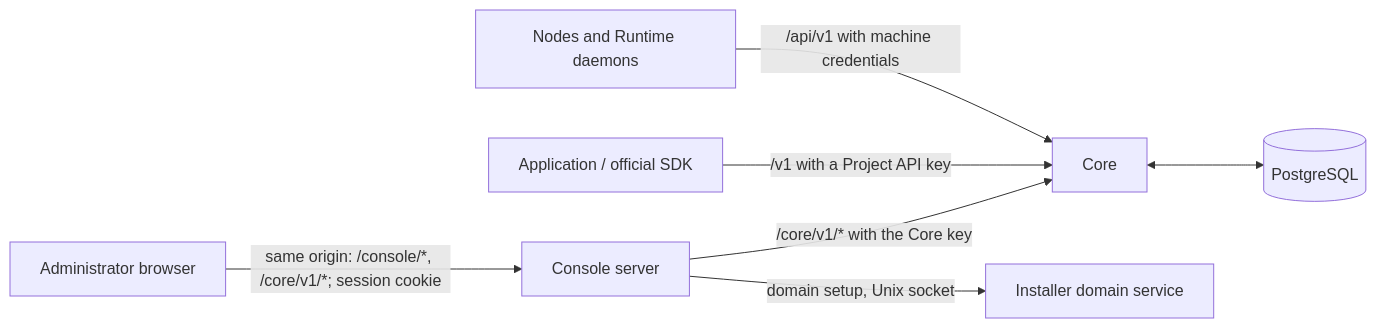
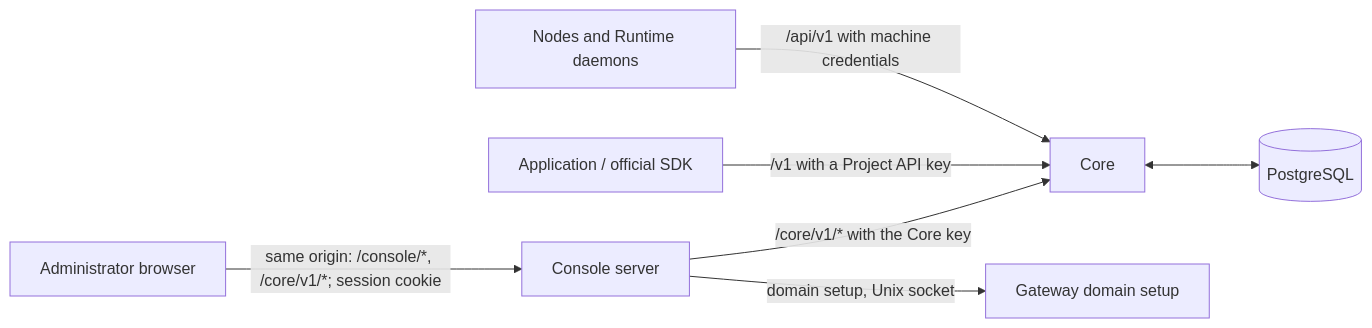
One commit to AllureCurtain/OpenAgentCore changed the diagram in docs/web/console-server.md. Above: the diagram before and after it, drawn with Mermaid. The commit also changed 17 other files, not shown here.

First line of the commit message:
Run managed domain setup inside the gateway

````diff
--- a/docs/web/console-server.md
+++ b/docs/web/console-server.md
@@ -11,17 +11,17 @@
 ```mermaid
 flowchart LR
   browser["Administrator browser"]
   console["Console server"]
   core["Core"]
   database[("PostgreSQL")]
   application["Application / official SDK"]
   machine["Nodes and Runtime daemons"]
-  installer["Installer domain service"]
+  installer["Gateway domain setup"]
 
   browser -->|"same origin: /console/*, /core/v1/*; session cookie"| console
   console -->|"/core/v1/* with the Core key"| core
   console -->|"domain setup, Unix socket"| installer
   application -->|"/v1 with a Project API key"| core
   machine -->|"/api/v1 with machine credentials"| core
   core <--> database
 ```
````
